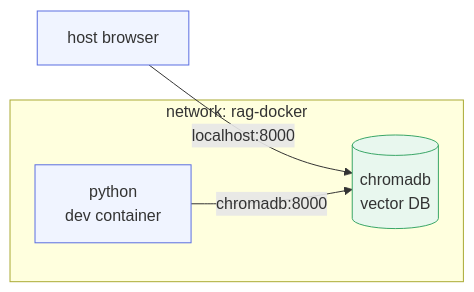
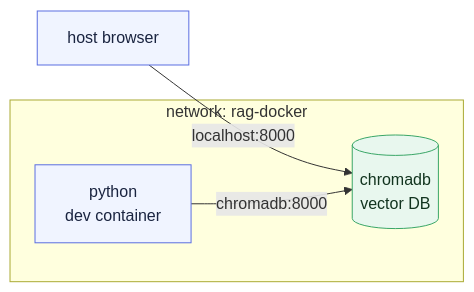
The diagram in chapter_3/l2/README.md (LinkedInLearning/docker-for-local-ai-app-development-build-lightweight-containerized-ai-applications-11189001), drawn with Mermaid before and after one commit. The commit also changed 25 other files, not shown here.

````diff
--- a/chapter_3/l2/README.md
+++ b/chapter_3/l2/README.md
@@ -98,11 +98,11 @@
 ```mermaid
 flowchart LR
     H["host browser"] -- "localhost:8000" --> C
     subgraph net["network: rag-docker"]
       P["python<br/>dev container"] -- "chromadb:8000" --> C[("chromadb<br/>vector DB")]
     end
-    classDef yours fill:#f0f4ff,stroke:#5b6ee1,stroke-width:1px;
-    classDef store fill:#e8f7ee,stroke:#3aa667,stroke-width:1px;
+    classDef yours fill:#f0f4ff,stroke:#5b6ee1,stroke-width:1px,color:#1a2440;
+    classDef store fill:#e8f7ee,stroke:#3aa667,stroke-width:1px,color:#12341f;
     class P,H yours;
     class C store;
 ```
````
